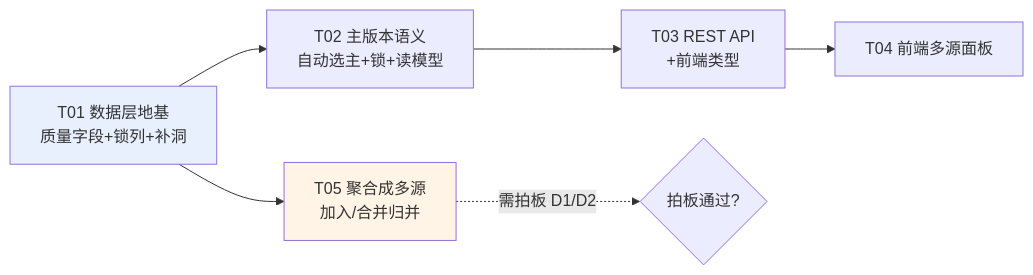
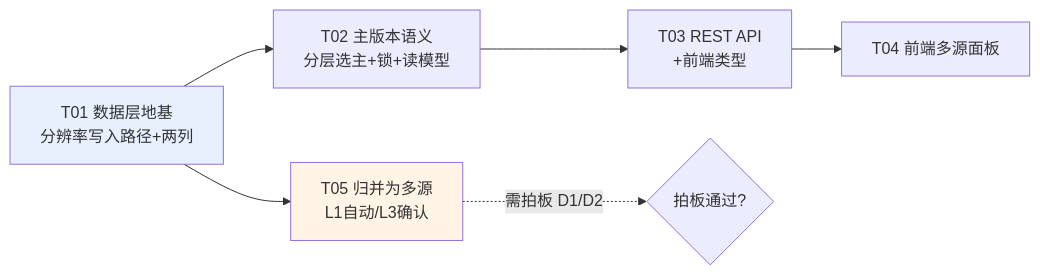
One commit to origadmin/orig-hub changed the third of 3 diagrams in docs/design/episode-multi-source-design-2026-09-22.md. Above: the diagram before and after it, drawn with Mermaid. The commit also changed other lines of this file and 6 other files, not shown here.

````diff
--- a/docs/design/episode-multi-source-design-2026-09-22.md
+++ b/docs/design/episode-multi-source-design-2026-09-22.md
@@ -558,10 +712,10 @@
 ```mermaid
 graph LR
-    T01[T01 数据层地基<br/>质量字段+锁列+补洞] --> T02[T02 主版本语义<br/>自动选主+锁+读模型]
+    T01[T01 数据层地基<br/>分辨率写入路径+两列] --> T02[T02 主版本语义<br/>分层选主+锁+读模型]
     T02 --> T03[T03 REST API<br/>+前端类型]
     T03 --> T04[T04 前端多源面板]
-    T01 --> T05[T05 聚合成多源<br/>加入/合并归并]
+    T01 --> T05[T05 归并为多源<br/>L1自动/L3确认]
     T05 -.需拍板 D1/D2.-> GO{拍板通过?}
     style T01 fill:#e8f0fe
     style T05 fill:#fff4e5
 ```
````
